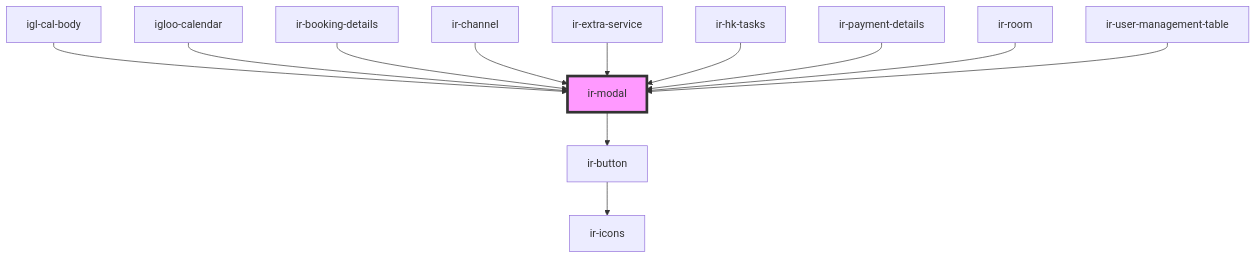
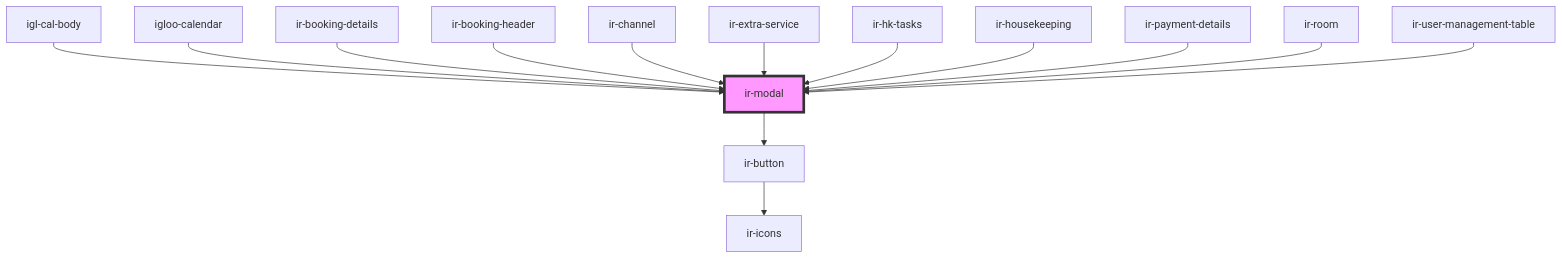
Before and after one commit to David1Chowaifaty/modified-ir-webcmp: the diagram in src/components/ui/ir-modal/readme.md, drawn with Mermaid. The commit also changed other lines of this file and 58 other files, not shown here.

````diff
--- a/src/components/ui/ir-modal/readme.md
+++ b/src/components/ui/ir-modal/readme.md
@@ -85,15 +87,17 @@
 ```mermaid
 graph TD;
   ir-modal --> ir-button
   ir-button --> ir-icons
   igl-cal-body --> ir-modal
   igloo-calendar --> ir-modal
   ir-booking-details --> ir-modal
+  ir-booking-header --> ir-modal
   ir-channel --> ir-modal
   ir-extra-service --> ir-modal
   ir-hk-tasks --> ir-modal
+  ir-housekeeping --> ir-modal
   ir-payment-details --> ir-modal
   ir-room --> ir-modal
   ir-user-management-table --> ir-modal
   style ir-modal fill:#f9f,stroke:#333,stroke-width:4px
 ```
````
